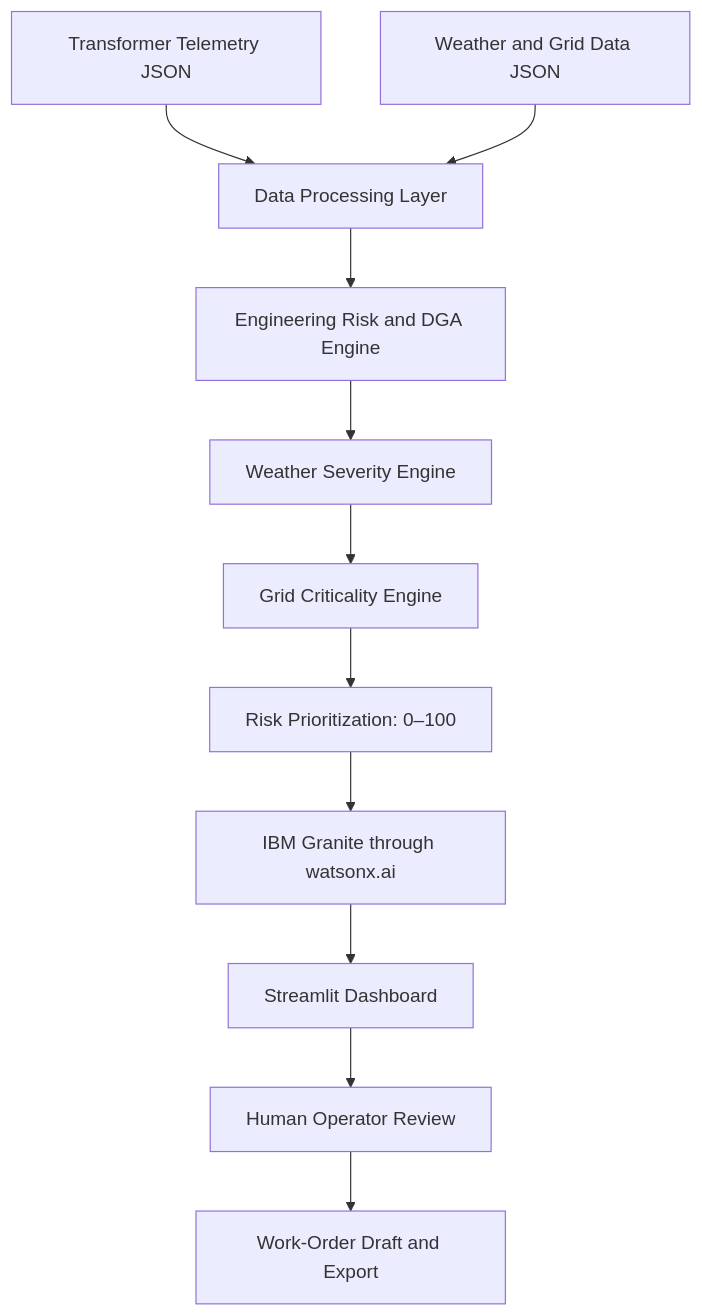
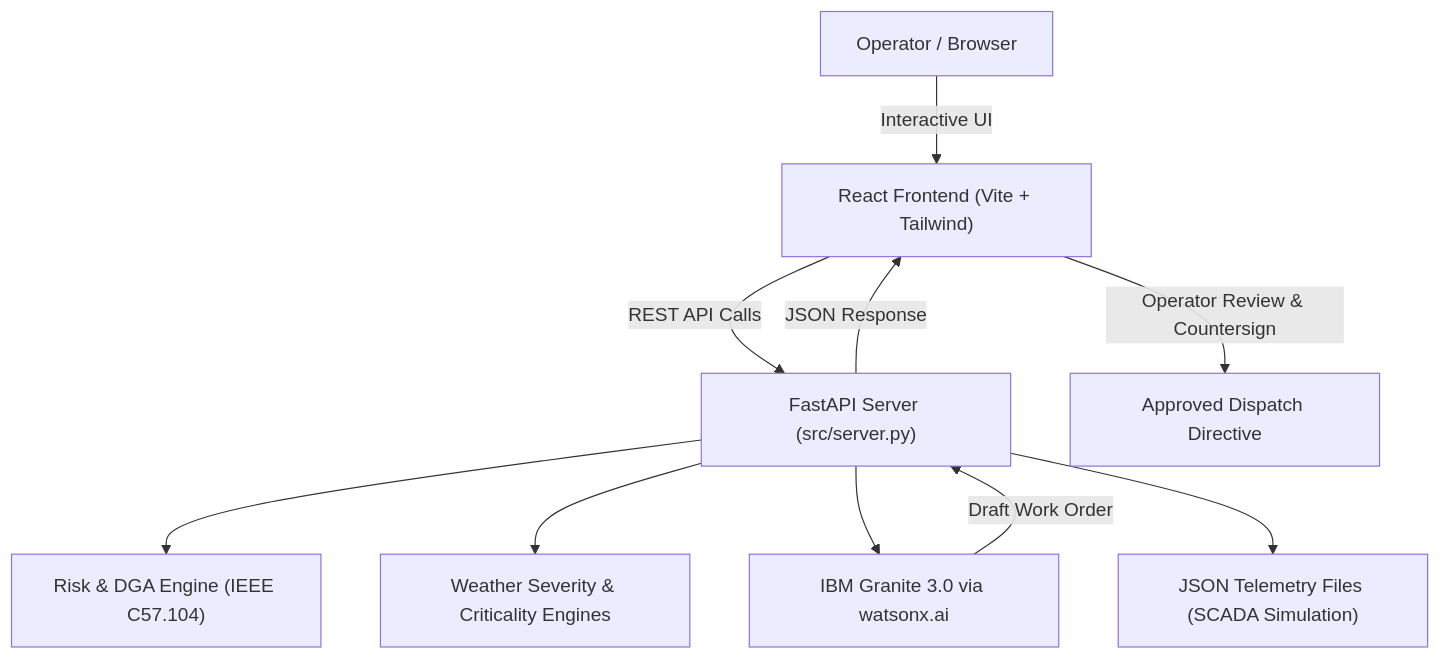
Before and after one commit to mahek1907/bob-ai-hackathon-Team-Mantra: the diagram in README.md, drawn with Mermaid. The commit also changed other lines of this file and 6 other files, not shown here.

Commit message:
docs & config: update architecture

````diff
--- a/README.md
+++ b/README.md
@@ -206,13 +207,12 @@
 ```mermaid
 graph TD
-    A["Transformer Telemetry JSON"] --> C["Data Processing Layer"]
-    B["Weather and Grid Data JSON"] --> C
-    C --> D["Engineering Risk and DGA Engine"]
-    D --> E["Weather Severity Engine"]
-    E --> F["Grid Criticality Engine"]
-    F --> G["Risk Prioritization: 0–100"]
-    G --> H["IBM Granite through watsonx.ai"]
-    H --> I["Streamlit Dashboard"]
-    I --> J["Human Operator Review"]
-    J --> K["Work-Order Draft and Export"]
+    A["Operator / Browser"] -->|"Interactive UI"| B["React Frontend (Vite + Tailwind)"]
+    B -->|"REST API Calls"| C["FastAPI Server (src/server.py)"]
+    C --> D["Risk & DGA Engine (IEEE C57.104)"]
+    C --> E["Weather Severity & Criticality Engines"]
+    C --> F["IBM Granite 3.0 via watsonx.ai"]
+    C --> G["JSON Telemetry Files (SCADA Simulation)"]
+    F -->|"Draft Work Order"| C
+    C -->|"JSON Response"| B
+    B -->|"Operator Review & Countersign"| H["Approved Dispatch Directive"]
 ```
````
